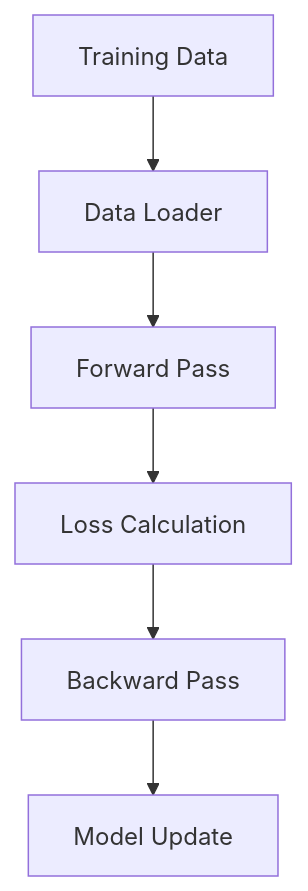
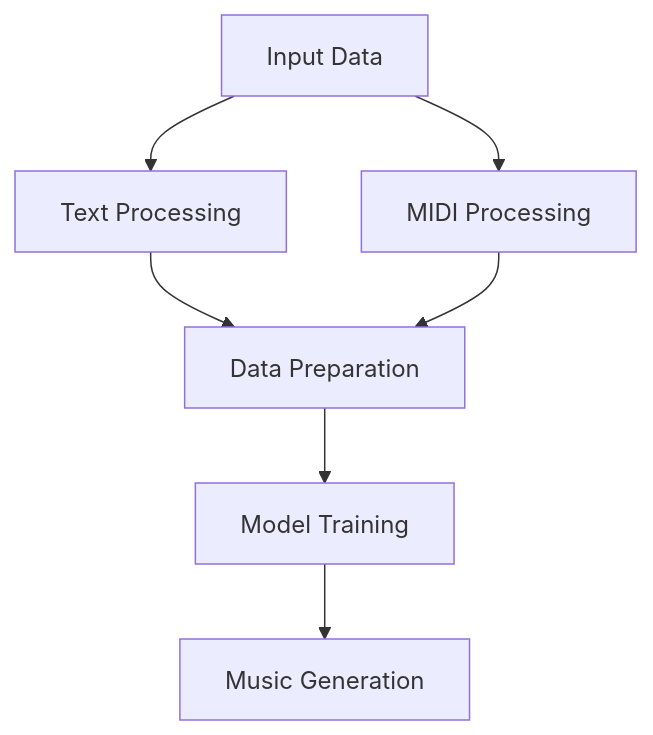
One commit to Baottq-dev/Hierarchical_Music_Transformer changed the second of 2 diagrams in presentation_01.md. Above: the diagram before and after it, drawn with Mermaid. The commit also changed other lines of this file and 1 other file, not shown here.

````diff
--- a/presentation_01.md
+++ b/presentation_01.md
@@ -135,8 +46,9 @@
 ```mermaid
 graph TD
-    A[Training Data] --> B[Data Loader]
-    B --> C[Forward Pass]
-    C --> D[Loss Calculation]
-    D --> E[Backward Pass]
-    E --> F[Model Update]
+    A[Input Data] --> B[Text Processing]
+    A --> C[MIDI Processing]
+    B --> D[Data Preparation]
+    C --> D
+    D --> E[Model Training]
+    E --> F[Music Generation]
 ```
````
